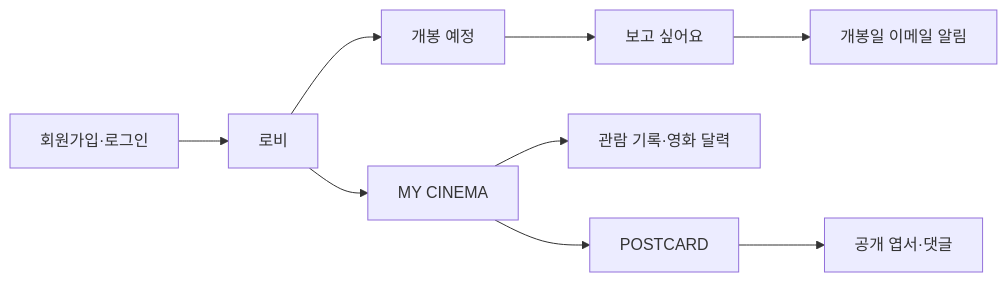
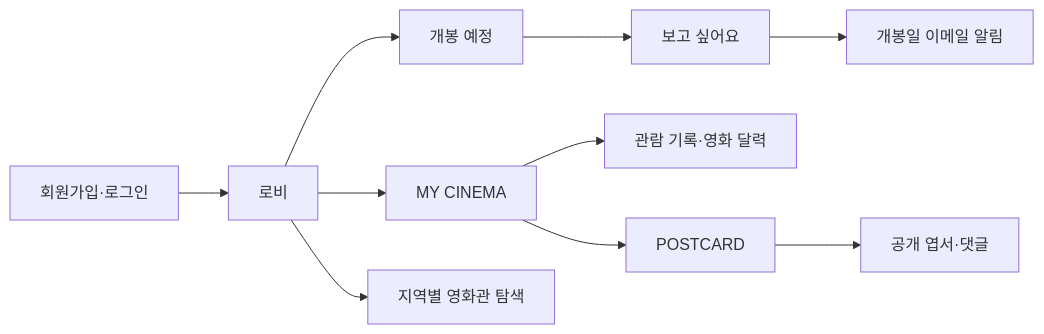
One commit to hgim96715-lgtm/cinemo changed the diagram in docs/README.md. Above: the diagram before and after it, drawn with Mermaid. The commit also changed other lines of this file and 64 other files, not shown here.

Commit message:
feat: 지역별 영화관 지도 연동

````diff
--- a/docs/README.md
+++ b/docs/README.md
@@ -18,11 +18,12 @@
 ```mermaid
 flowchart LR
   Auth[회원가입·로그인] --> Lobby[로비]
   Lobby --> Upcoming[개봉 예정]
   Upcoming --> Wish[보고 싶어요]
   Wish --> Notice[개봉일 이메일 알림]
   Lobby --> Cinema[MY CINEMA]
   Cinema --> Watched[관람 기록·영화 달력]
   Cinema --> Postcard[POSTCARD]
   Postcard --> Community[공개 엽서·댓글]
+  Lobby --> CinemaMap[지역별 영화관 탐색]
 ```
````
